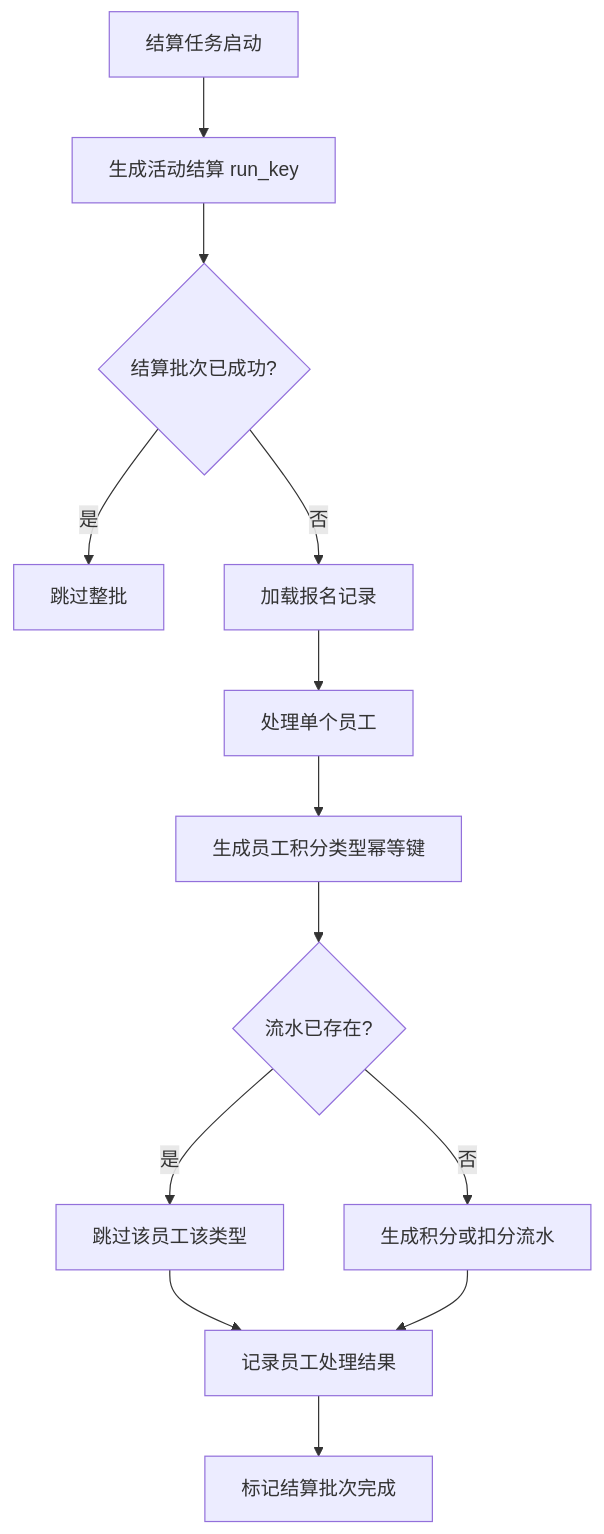
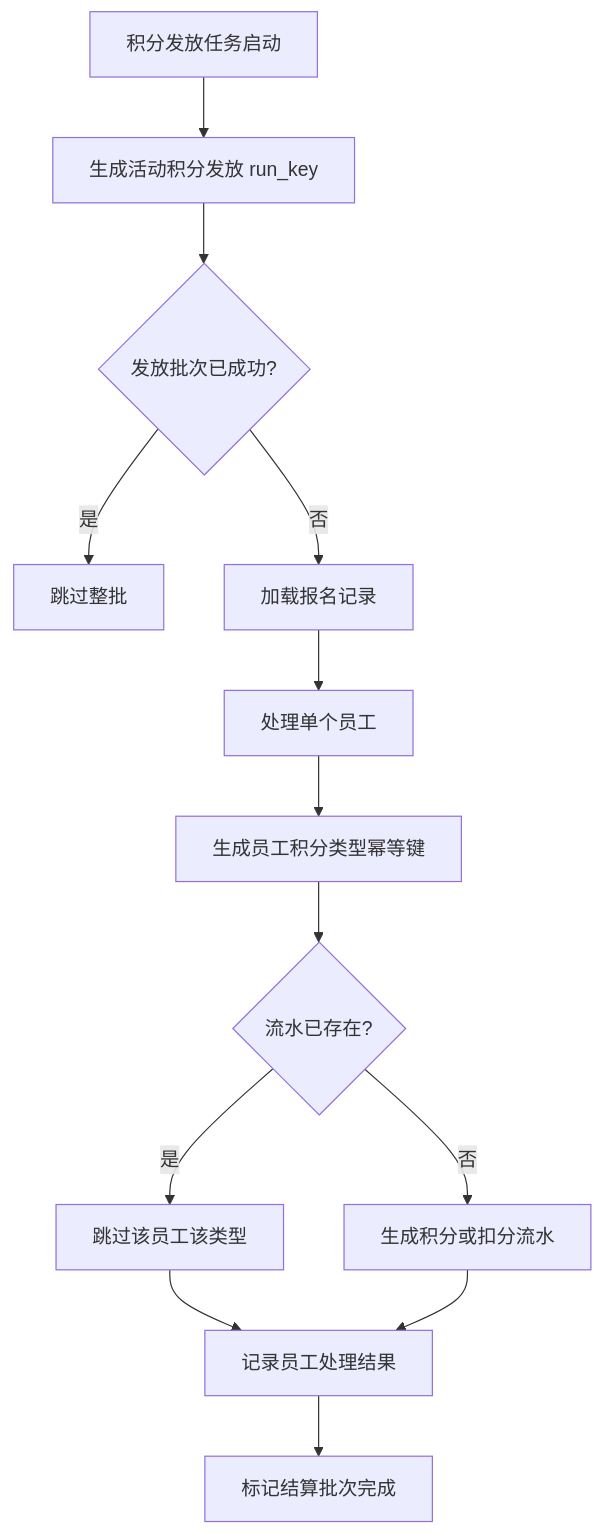
One commit to KianaMei/points changed diagram 34 of 41 in docs/club-points-flow-design.md. Above: the diagram before and after it, drawn with Mermaid. The commit also changed other lines of this file and 102 other files, not shown here.

````diff
--- a/docs/club-points-flow-design.md
+++ b/docs/club-points-flow-design.md
@@ -848,25 +848,25 @@
 ```mermaid
 flowchart TD
-    accTitle: 结算幂等流程
-    accDescr: 展示活动结算通过运行键和员工维度幂等键保证失败任务重试不会重复生成积分流水。
+    accTitle: 活动积分发放幂等流程
+    accDescr: 展示活动积分发放通过运行键和员工维度幂等键保证失败任务重试不会重复生成积分流水。
 
-    job_start["结算任务启动"]
-    run_key["生成活动结算 run_key"]
-    run_exists{"结算批次已成功?"}
+    job_start["积分发放任务启动"]
+    run_key["生成活动积分发放 run_key"]
+    run_exists{"发放批次已成功?"}
     skip_run["跳过整批"]
     load_registrations["加载报名记录"]
     each_employee["处理单个员工"]
     idempotency_key["生成员工积分类型幂等键"]
     ledger_exists{"流水已存在?"}
     skip_employee["跳过该员工该类型"]
     create_ledger["生成积分或扣分流水"]
     mark_done["记录员工处理结果"]
     finish_run["标记结算批次完成"]
 
     job_start --> run_key --> run_exists
     run_exists -->|"是"| skip_run
     run_exists -->|"否"| load_registrations --> each_employee --> idempotency_key --> ledger_exists
     ledger_exists -->|"是"| skip_employee --> mark_done
     ledger_exists -->|"否"| create_ledger --> mark_done
     mark_done --> finish_run
 ```
````
